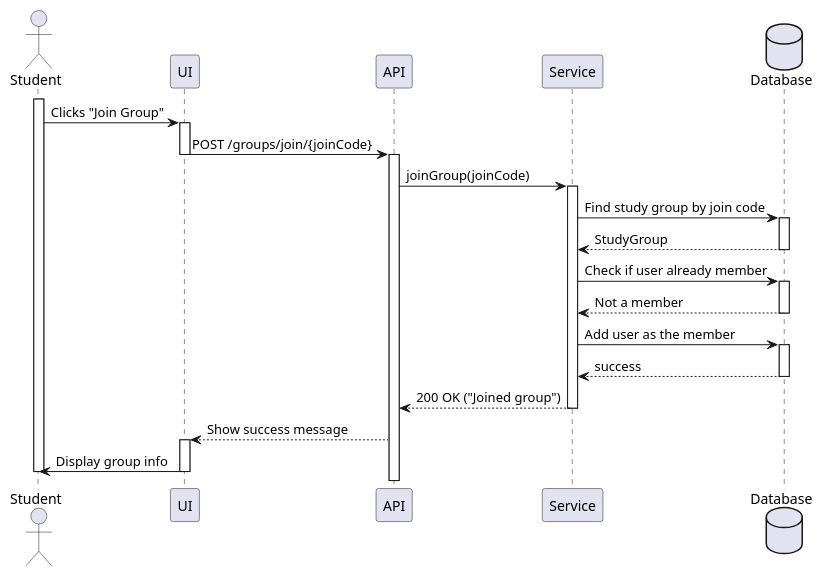
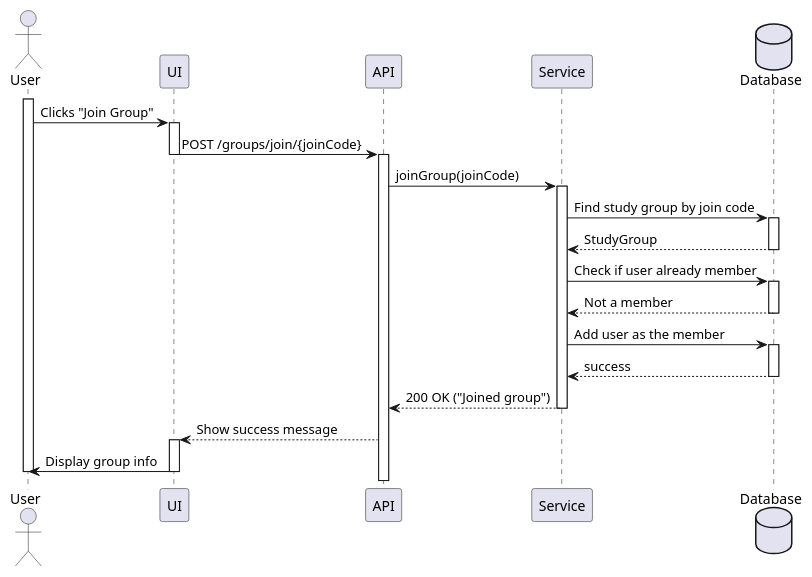
One commit to keerati5003/PlanMate-Diagram changed the diagram in sequence/p2/join-group.puml. Above: the diagram before and after it, drawn with PlantUML. The commit also changed 7 other files, not shown here.

```diff
--- a/sequence/p2/join-group.puml
+++ b/sequence/p2/join-group.puml
@@ -1,42 +1,42 @@
 @startuml
-actor Student
+actor User
 participant "UI" as FE
 participant "API" as C
 participant "Service" as S
 database "Database" as DB
 
-activate Student
-Student -> FE : Clicks "Join Group"
+activate User
+User -> FE : Clicks "Join Group"
 activate FE
 
 FE -> C : POST /groups/join/{joinCode}
 deactivate FE
 activate C
 
 C -> S : joinGroup(joinCode)
 activate S
 
 S -> DB : Find study group by join code
 activate DB
 DB --> S : StudyGroup
 deactivate DB
 
 S -> DB : Check if user already member
 activate DB
 DB --> S : Not a member
 deactivate DB
 
 S -> DB : Add user as the member
 activate DB
 DB --> S : success
 deactivate DB
 
 S --> C : 200 OK ("Joined group")
 deactivate S
 
 C --> FE : Show success message
 activate FE
-FE -> Student : Display group info
+FE -> User : Display group info
 deactivate FE
-deactivate Student
+deactivate User
 @enduml
```
